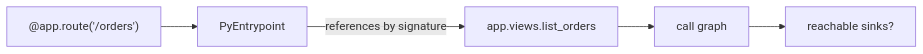
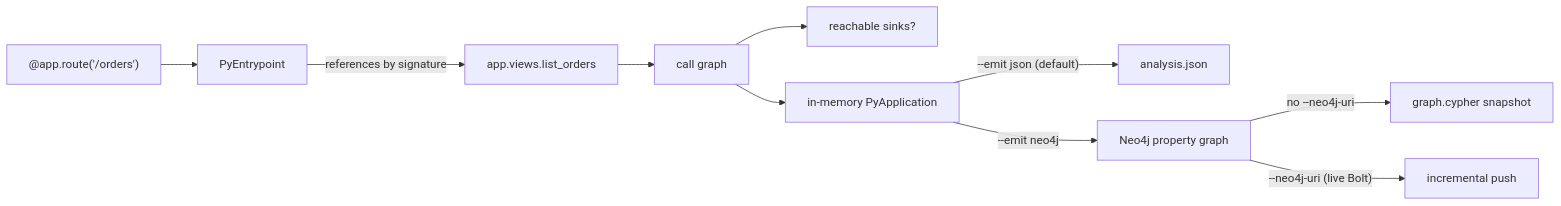
The first of 2 diagrams in src/content/docs/guides/entrypoints.mdx (codellm-devkit/codeanalyzer-python), drawn with Mermaid before and after one commit. The commit also changed other lines of this file and 14 other files, not shown here.

First line of the commit message:
docs: document Neo4j property-graph output (scale, Kubernetes, enterprise)

````diff
--- a/src/content/docs/guides/entrypoints.mdx
+++ b/src/content/docs/guides/entrypoints.mdx
@@ -21,7 +21,12 @@
 ```mermaid
 flowchart LR
     F["@app.route('/orders')"] --> EP[PyEntrypoint]
     EP -->|references by signature| C["app.views.list_orders"]
     C --> G[call graph]
     G --> R["reachable sinks?"]
+    G --> IR["in-memory PyApplication"]
+    IR -->|"--emit json (default)"| AJ["analysis.json"]
+    IR -->|"--emit neo4j"| PG["Neo4j property graph"]
+    PG -->|no --neo4j-uri| SNAP["graph.cypher snapshot"]
+    PG -->|"--neo4j-uri (live Bolt)"| BOLT["incremental push"]
 ```
````
